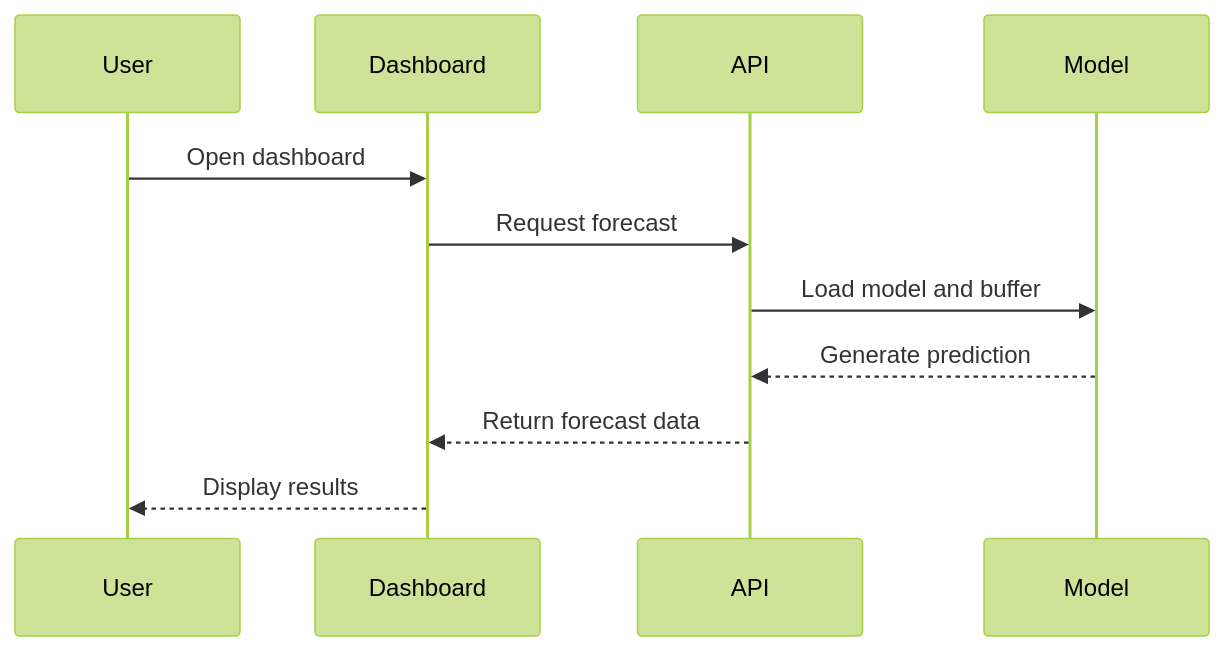
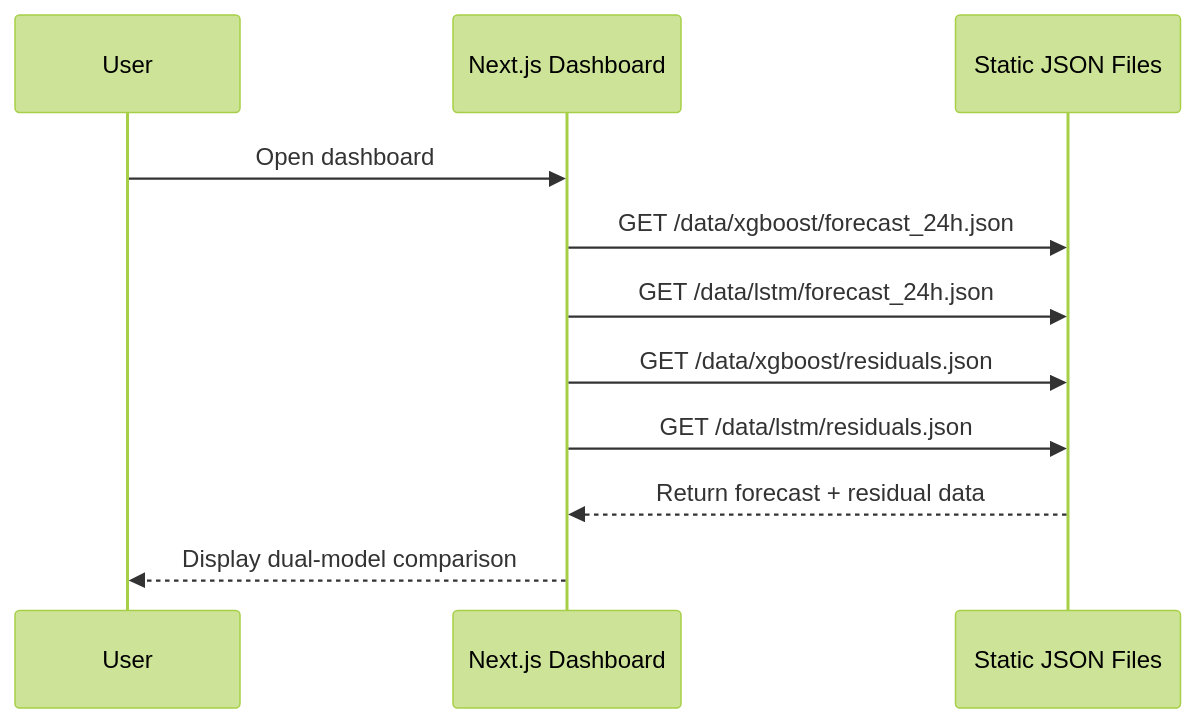
Before and after one commit to Team-NAVGATI/Smart-Grid-Load-Prediction-Using-Deep-Learning-By-Team-NavGati: the third of 4 diagrams in docs/design/architecture.md, drawn with Mermaid (forest theme). The commit also changed other lines of this file, not shown here.

Commit message:
docs: update architecture documentation to reflect dual model training and artifact generation layers

````diff
--- a/docs/design/architecture.md
+++ b/docs/design/architecture.md
@@ -188,14 +267,14 @@
 ```mermaid
 sequenceDiagram
 	participant User
-	participant UI as Dashboard
-	participant API
-	participant Model
+	participant UI as Next.js Dashboard
+	participant Static as Static JSON Files
 
 	User->>UI: Open dashboard
-	UI->>API: Request forecast
-	API->>Model: Load model and buffer
-	Model-->>API: Generate prediction
-	API-->>UI: Return forecast data
-	UI-->>User: Display results
+	UI->>Static: GET /data/xgboost/forecast_24h.json
+	UI->>Static: GET /data/lstm/forecast_24h.json
+	UI->>Static: GET /data/xgboost/residuals.json
+	UI->>Static: GET /data/lstm/residuals.json
+	Static-->>UI: Return forecast + residual data
+	UI-->>User: Display dual-model comparison
 ```
````
